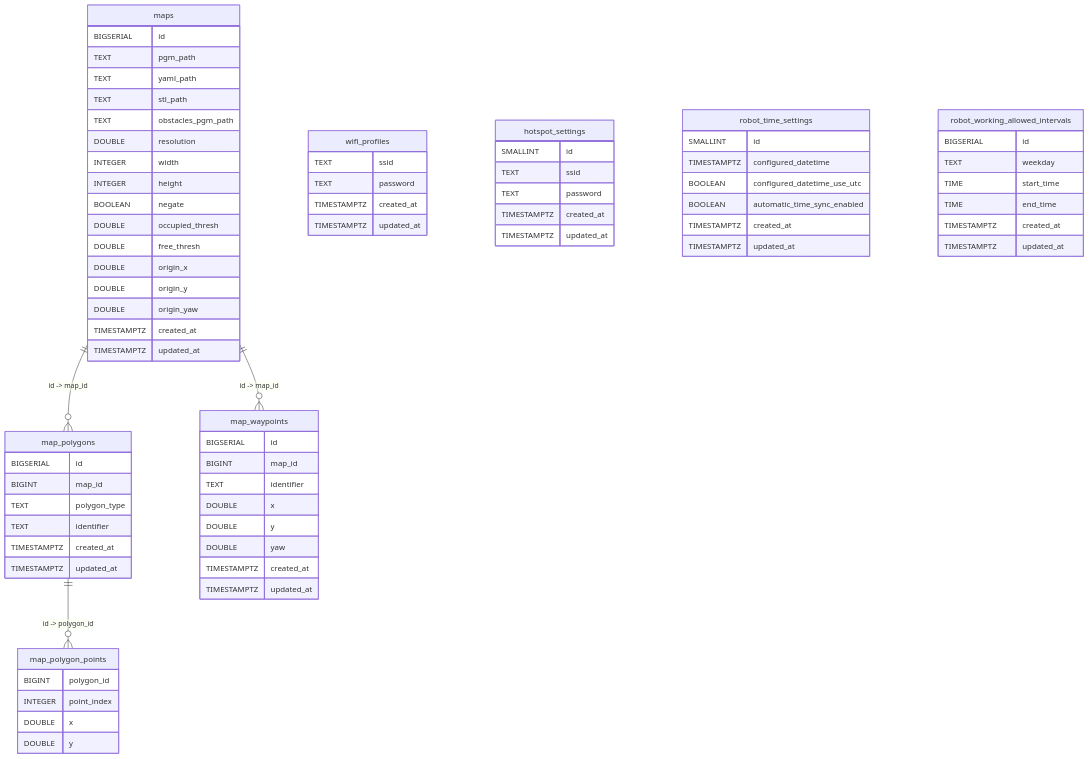
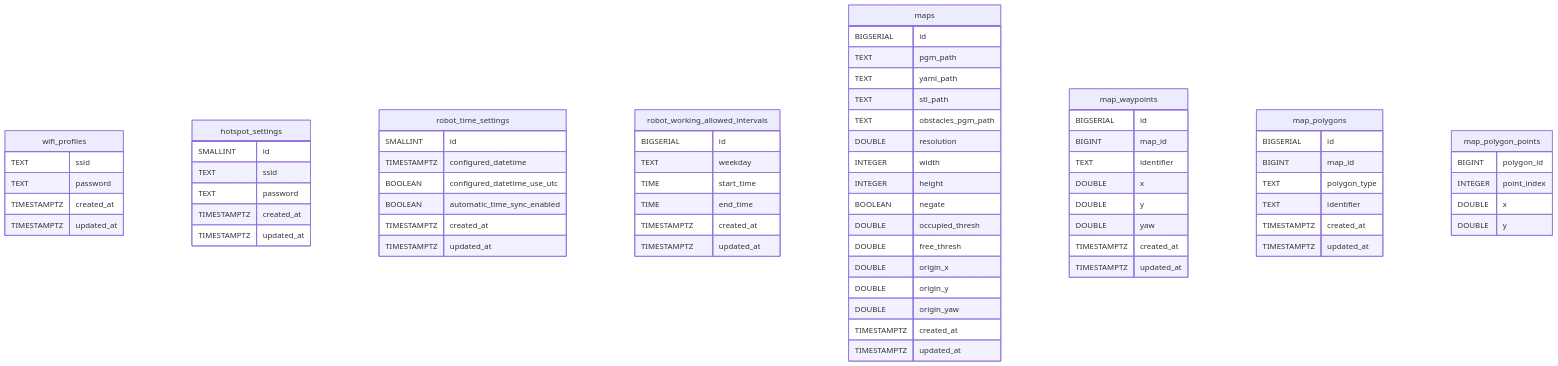
The diagram in PostgresTest/README.md (leonardoSCosta/cpp_workspace), drawn with Mermaid before and after one commit. The commit also changed other lines of this file, not shown here.

````diff
--- a/PostgresTest/README.md
+++ b/PostgresTest/README.md
@@ -1,8 +9,5 @@
 ```mermaid
 erDiagram
-	map_polygons ||--o{ map_polygon_points : "id -> polygon_id"
-	maps ||--o{ map_polygons : "id -> map_id"
-	maps ||--o{ map_waypoints : "id -> map_id"
 
 	wifi_profiles {
 		TEXT ssid
````
